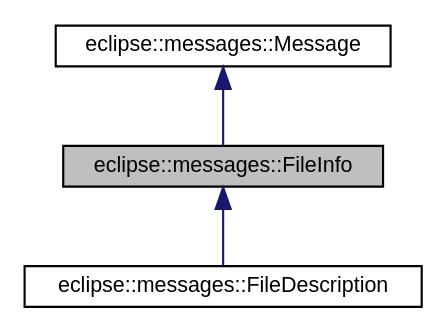
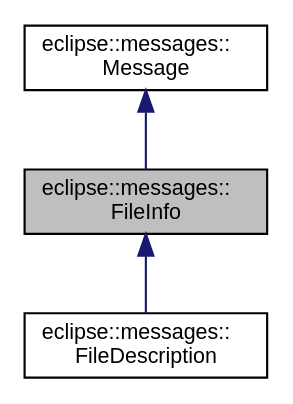
Before and after one commit to DICL/VeloxDFS: the diagram in structeclipse_1_1messages_1_1FileInfo__inherit__graph.dot, drawn with Graphviz. The commit also changed 615 other files, not shown here.

```diff
--- a/structeclipse_1_1messages_1_1FileInfo__inherit__graph.dot
+++ b/structeclipse_1_1messages_1_1FileInfo__inherit__graph.dot
@@ -1,10 +1,10 @@
-digraph G
+digraph "eclipse::messages::FileInfo"
 {
   edge [fontname="Helvetica",fontsize="10",labelfontname="Helvetica",labelfontsize="10"];
   node [fontname="Helvetica",fontsize="10",shape=record];
-  Node1 [label="eclipse::messages::FileInfo",height=0.2,width=0.4,color="black", fillcolor="grey75", style="filled" fontcolor="black"];
+  Node1 [label="eclipse::messages::\lFileInfo",height=0.2,width=0.4,color="black", fillcolor="grey75", style="filled" fontcolor="black"];
   Node2 -> Node1 [dir="back",color="midnightblue",fontsize="10",style="solid",fontname="Helvetica"];
-  Node2 [label="eclipse::messages::Message",height=0.2,width=0.4,color="black", fillcolor="white", style="filled",URL="$structeclipse_1_1messages_1_1Message.html"];
+  Node2 [label="eclipse::messages::\lMessage",height=0.2,width=0.4,color="black", fillcolor="white", style="filled",URL="$structeclipse_1_1messages_1_1Message.html"];
   Node1 -> Node3 [dir="back",color="midnightblue",fontsize="10",style="solid",fontname="Helvetica"];
-  Node3 [label="eclipse::messages::FileDescription",height=0.2,width=0.4,color="black", fillcolor="white", style="filled",URL="$structeclipse_1_1messages_1_1FileDescription.html"];
+  Node3 [label="eclipse::messages::\lFileDescription",height=0.2,width=0.4,color="black", fillcolor="white", style="filled",URL="$structeclipse_1_1messages_1_1FileDescription.html"];
 }
```
